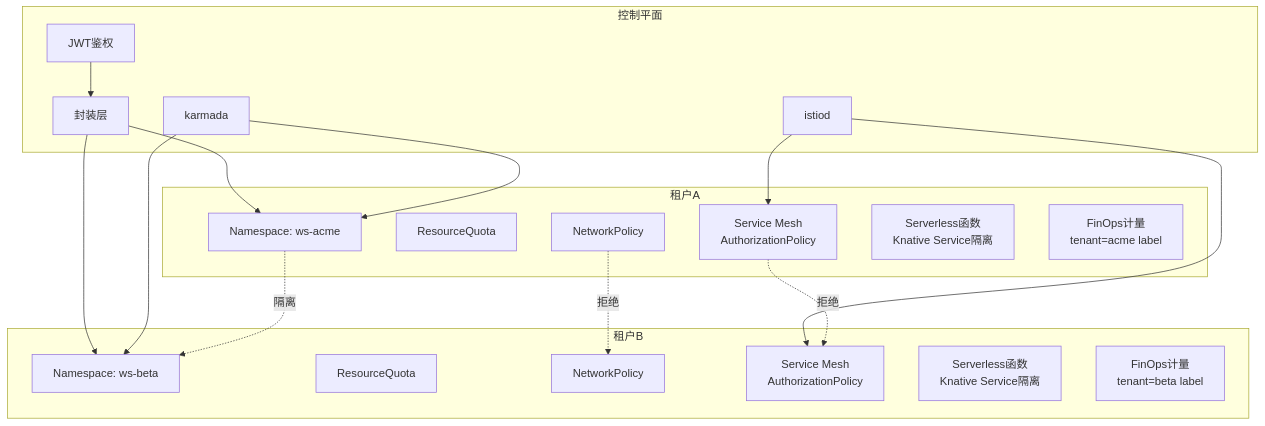
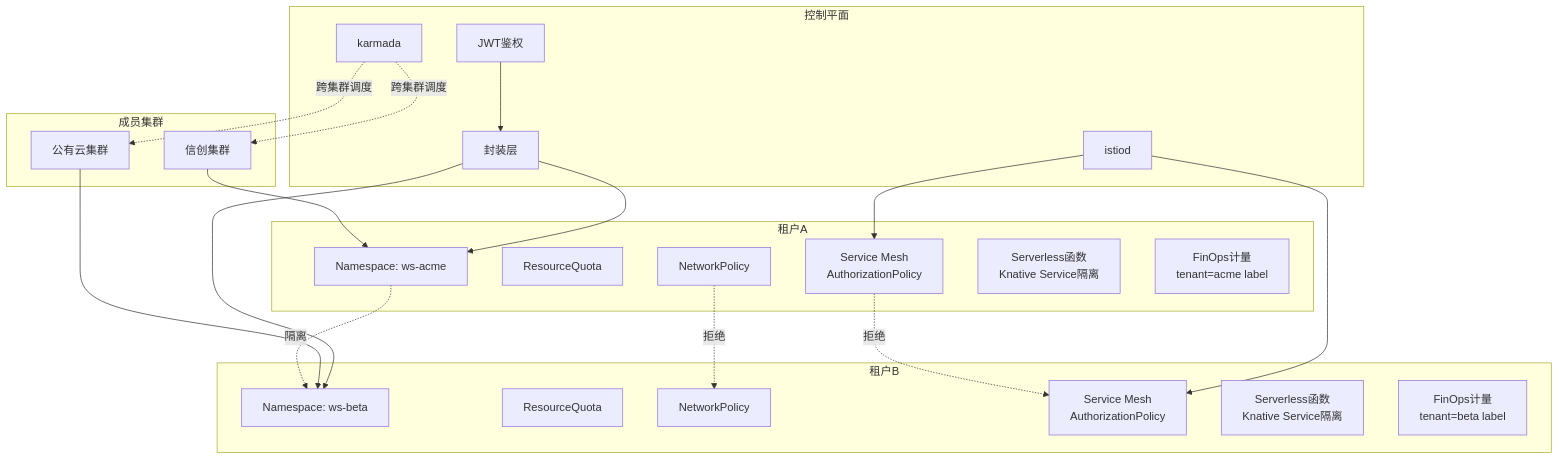
One commit to Levango7/DataEngineBDP changed the seventh of 9 diagrams in design/v2.0/V2.0_架构设计文档.md. Above: the diagram before and after it, drawn with Mermaid. The commit also changed other lines of this file and 6 other files, not shown here.

````diff
--- a/design/v2.0/V2.0_架构设计文档.md
+++ b/design/v2.0/V2.0_架构设计文档.md
@@ -873,36 +941,42 @@
 ```mermaid
 graph TB
     subgraph 租户A
         NSA[Namespace: ws-acme]
         QA[ResourceQuota]
         NPA[NetworkPolicy]
         SMA[Service Mesh<br/>AuthorizationPolicy]
         SVA[Serverless函数<br/>Knative Service隔离]
         FA[FinOps计量<br/>tenant=acme label]
     end
     subgraph 租户B
         NSB[Namespace: ws-beta]
         QB[ResourceQuota]
         NPB[NetworkPolicy]
         SMB[Service Mesh<br/>AuthorizationPolicy]
         SVB[Serverless函数<br/>Knative Service隔离]
         FB[FinOps计量<br/>tenant=beta label]
     end
     subgraph 控制平面
         E[封装层]
         J[JWT鉴权]
         I[istiod]
         K[karmada]
     end
+    subgraph 成员集群
+        C1[信创集群]
+        C2[公有云集群]
+    end
 
     J --> E
     E --> NSA
     E --> NSB
     I --> SMA
     I --> SMB
-    K --> NSA
-    K --> NSB
+    K -.跨集群调度.-> C1
+    K -.跨集群调度.-> C2
+    C1 --> NSA
+    C2 --> NSB
     NSA -.隔离.-> NSB
     NPA -.拒绝.-> NPB
     SMA -.拒绝.-> SMB
 ```
````
